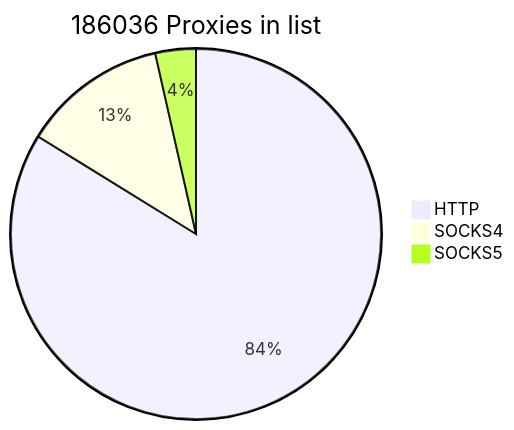
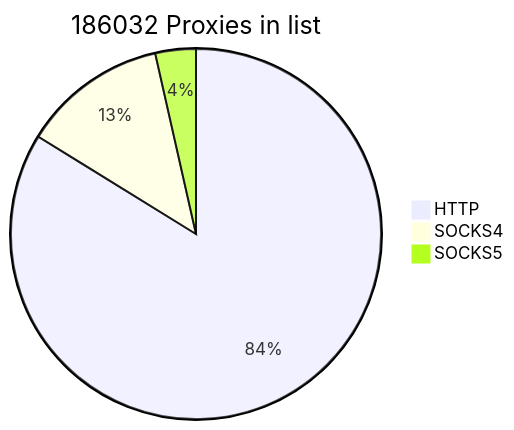
Before and after one commit to cutipu/proxylist: the first of 2 diagrams in README.md, drawn with Mermaid. The commit also changed other lines of this file, not shown here.

````diff
--- a/README.md
+++ b/README.md
@@ -2,7 +2,7 @@
 ```mermaid
-pie title 186036 Proxies in list
-    "HTTP" : 155907
-    "SOCKS4" : 23547
-    "SOCKS5" : 6582
+pie title 186032 Proxies in list
+    "HTTP" : 155903
+    "SOCKS4" : 23548
+    "SOCKS5" : 6581
             
 ```
````
